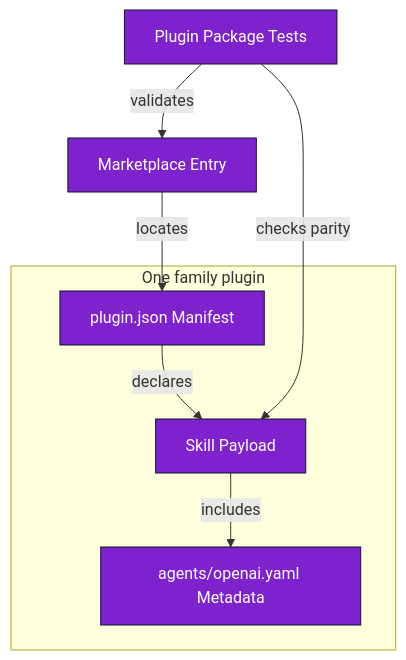
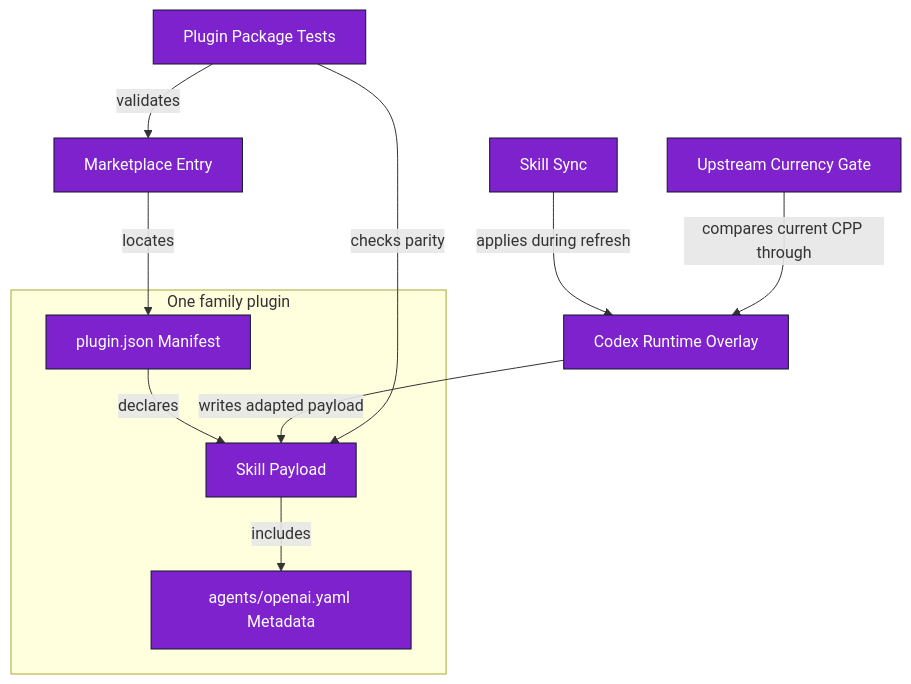
Before and after one commit to cooneycw/codex-power-pack: the diagram in docs/architecture/c4-l3-plugin-distribution.mmd, drawn with Mermaid. The commit also changed 102 other files, not shown here.

Commit message:
fix(flow): make vendored helpers installation-aware (Closes #139) (#141)

```diff
--- a/docs/architecture/c4-l3-plugin-distribution.mmd
+++ b/docs/architecture/c4-l3-plugin-distribution.mmd
@@ -1,14 +1,20 @@
 flowchart TB
   subgraph plugin_package["One family plugin"]
     plugin_manifest["plugin.json Manifest"]:::component
     skill_payload["Skill Payload"]:::component
     openai_metadata["agents/openai.yaml Metadata"]:::component
   end
   marketplace_entry["Marketplace Entry"]:::component
   package_tests["Plugin Package Tests"]:::component
+  skill_sync["Skill Sync"]:::component
+  runtime_overlay["Codex Runtime Overlay"]:::component
+  currency_gate["Upstream Currency Gate"]:::component
   marketplace_entry -->|"locates"| plugin_manifest
   plugin_manifest -->|"declares"| skill_payload
   skill_payload -->|"includes"| openai_metadata
+  skill_sync -->|"applies during refresh"| runtime_overlay
+  runtime_overlay -->|"writes adapted payload"| skill_payload
+  currency_gate -->|"compares current CPP through"| runtime_overlay
   package_tests -->|"validates"| marketplace_entry
   package_tests -->|"checks parity"| skill_payload
   classDef component fill:#7e22ce,color:#ffffff,stroke:#0f172a
```
